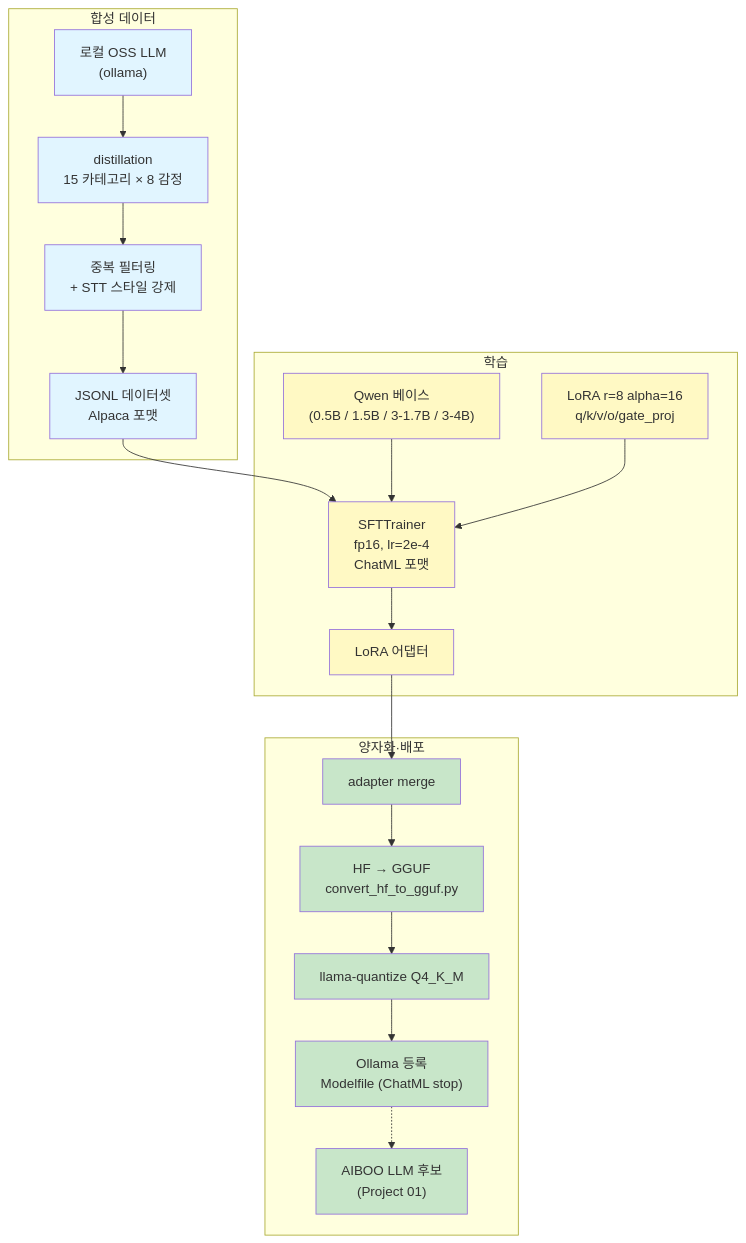
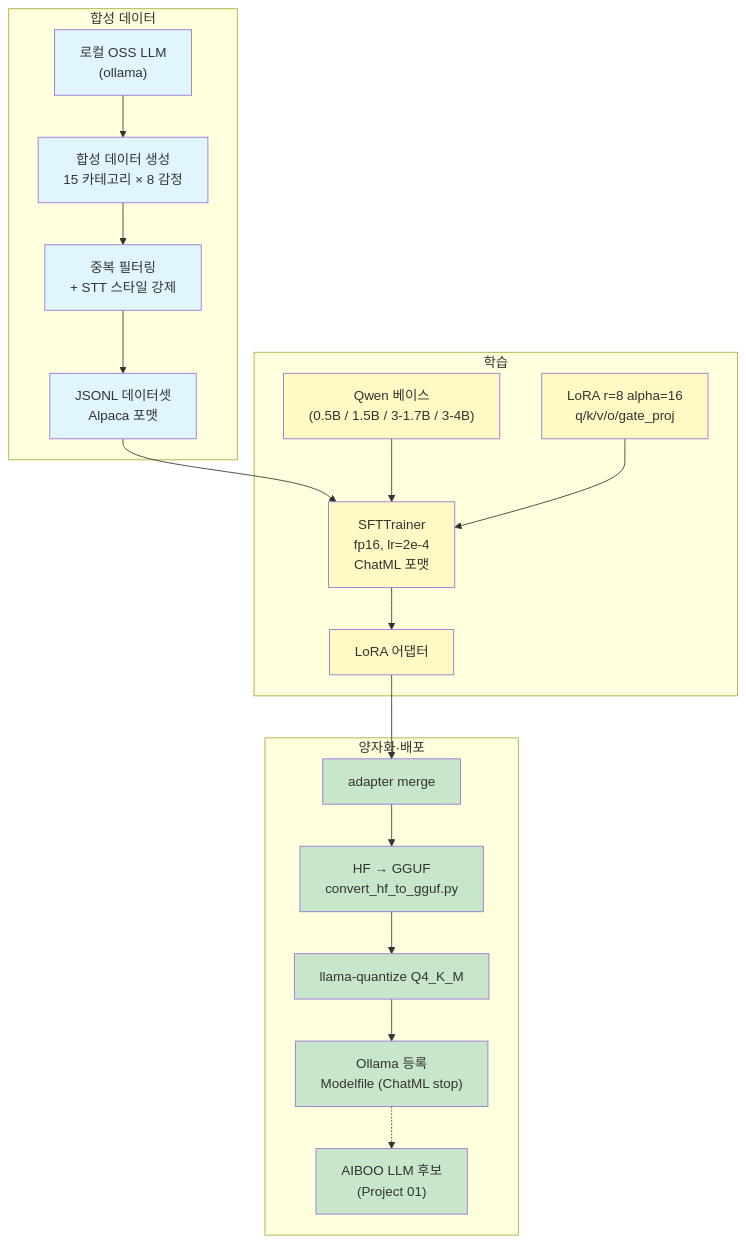
Before and after one commit to tommyjin2894/portfolio: the fifth of 6 diagrams in README.md, drawn with Mermaid. The commit also changed other lines of this file and 3 other files, not shown here.

````diff
--- a/README.md
+++ b/README.md
@@ -379,38 +379,38 @@
 ```mermaid
 graph TB
     subgraph "합성 데이터"
         OSS["로컬 OSS LLM<br/>(ollama)"]
-        DISTILL["distillation<br/>15 카테고리 × 8 감정"]
+        DISTILL["합성 데이터 생성<br/>15 카테고리 × 8 감정"]
         DEDUP["중복 필터링<br/>+ STT 스타일 강제"]
         JSONL["JSONL 데이터셋<br/>Alpaca 포맷"]
     end
 
     subgraph "학습"
         QWEN["Qwen 베이스<br/>(0.5B / 1.5B / 3-1.7B / 3-4B)"]
         LORA["LoRA r=8 alpha=16<br/>q/k/v/o/gate_proj"]
         SFT["SFTTrainer<br/>fp16, lr=2e-4<br/>ChatML 포맷"]
         ADAPTER["LoRA 어댑터"]
     end
 
     subgraph "양자화·배포"
         MERGE["adapter merge"]
         GGUF["HF → GGUF<br/>convert_hf_to_gguf.py"]
         QUANT["llama-quantize Q4_K_M"]
         OLLAMA["Ollama 등록<br/>Modelfile (ChatML stop)"]
         AIBOO["AIBOO LLM 후보<br/>(Project 01)"]
     end
 
     OSS --> DISTILL --> DEDUP --> JSONL --> SFT
     QWEN --> SFT
     LORA --> SFT
     SFT --> ADAPTER --> MERGE --> GGUF --> QUANT --> OLLAMA
     OLLAMA -.-> AIBOO
 
     classDef data fill:#e1f5ff
     classDef train fill:#fff9c4
     classDef deploy fill:#c8e6c9
 
     class OSS,DISTILL,DEDUP,JSONL data
     class QWEN,LORA,SFT,ADAPTER train
     class MERGE,GGUF,QUANT,OLLAMA,AIBOO deploy
 ```
````
